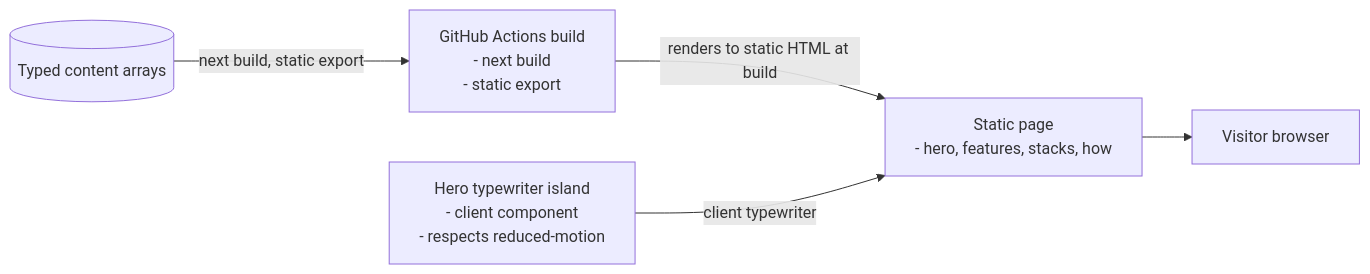
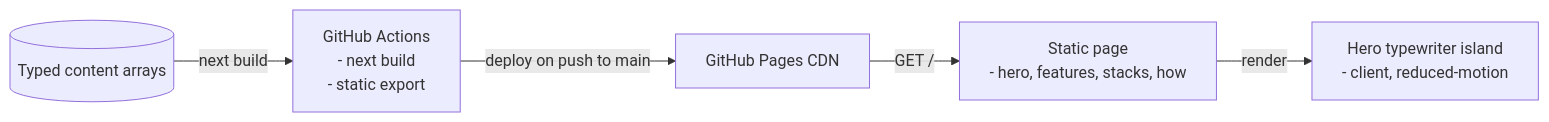
The first of 4 diagrams in README.md (elleskay/platform-site), drawn with Mermaid before and after one commit. The commit also changed other lines of this file and 15 other files, not shown here.

````diff
--- a/README.md
+++ b/README.md
@@ -82,12 +85,7 @@
 ```mermaid
 flowchart LR
-  Content[("Typed content arrays")]
-  Build["GitHub Actions build<br/>- next build<br/>- static export"]
-  Page["Static page<br/>- hero, features, stacks, how"]
-  Hero["Hero typewriter island<br/>- client component<br/>- respects reduced-motion"]
-  Visitor["Visitor browser"]
-  Content -->|"next build, static export"| Build
-  Build -->|"renders to static HTML at build"| Page
-  Hero -->|"client typewriter"| Page
-  Page --> Visitor
+  Content[("Typed content arrays")] -->|"next build"| Build["GitHub Actions<br/>- next build<br/>- static export"]
+  Build -->|"deploy on push to main"| CDN["GitHub Pages CDN"]
+  CDN -->|"GET /"| Page["Static page<br/>- hero, features, stacks, how"]
+  Page -->|"render"| Hero["Hero typewriter island<br/>- client, reduced-motion"]
 ```
````
